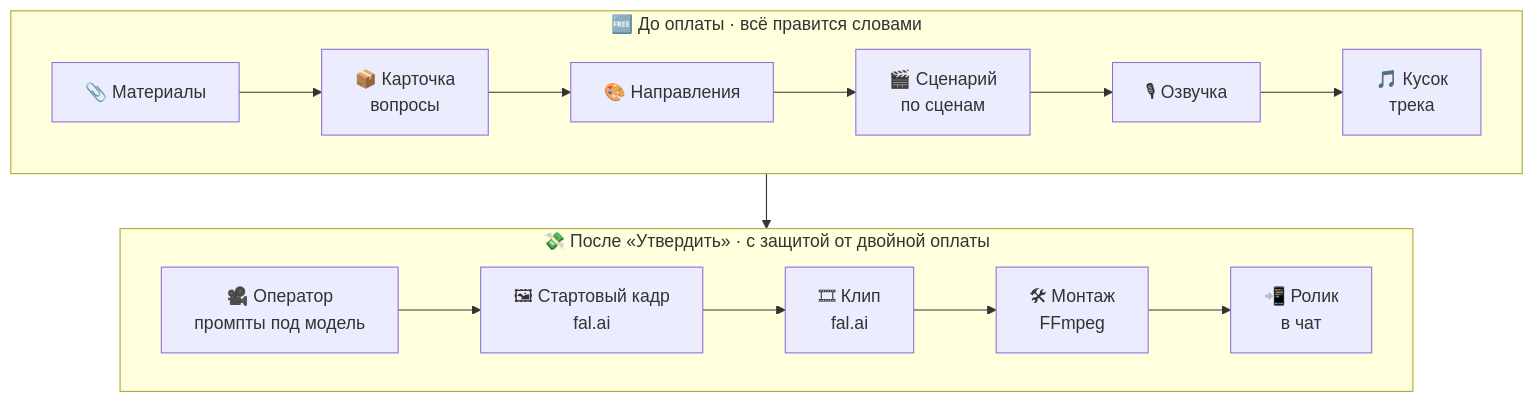
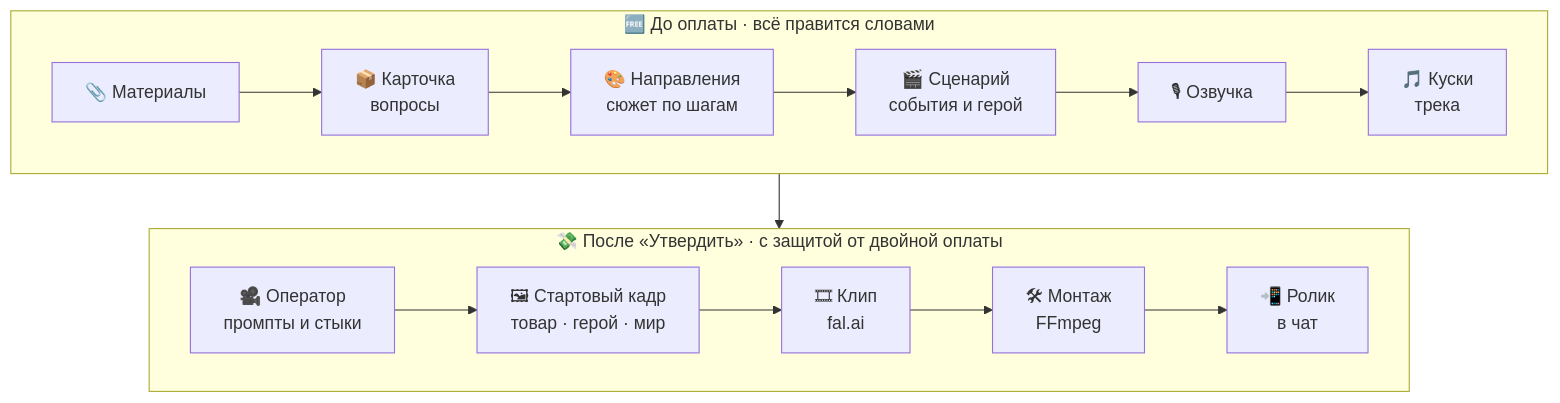
The second of 2 diagrams in README.md (TimurPythonUser/adreel), drawn with Mermaid before and after one commit. The commit also changed other lines of this file and 10 other files, not shown here.

````diff
--- a/README.md
+++ b/README.md
@@ -207,14 +265,14 @@
 ```mermaid
 flowchart TB
     subgraph FREE["🆓 До оплаты · всё правится словами"]
         direction LR
-        A["📎 Материалы"] --> B["📦 Карточка<br/>вопросы"] --> C["🎨 Направления"]
-        C --> D["🎬 Сценарий<br/>по сценам"] --> E["🎙 Озвучка"] --> F["🎵 Кусок<br/>трека"]
+        A["📎 Материалы"] --> B["📦 Карточка<br/>вопросы"] --> C["🎨 Направления<br/>сюжет по шагам"]
+        C --> D["🎬 Сценарий<br/>события и герой"] --> E["🎙 Озвучка"] --> F["🎵 Куски<br/>трека"]
     end
     subgraph PAID["💸 После «Утвердить» · с защитой от двойной оплаты"]
         direction LR
-        H["🎥 Оператор<br/>промпты под модель"] --> I["🖼 Стартовый кадр<br/>fal.ai"]
+        H["🎥 Оператор<br/>промпты и стыки"] --> I["🖼 Стартовый кадр<br/>товар · герой · мир"]
         I --> J["🎞 Клип<br/>fal.ai"] --> K["🛠 Монтаж<br/>FFmpeg"] --> L["📲 Ролик<br/>в чат"]
     end
     FREE --> PAID
 ```
````
